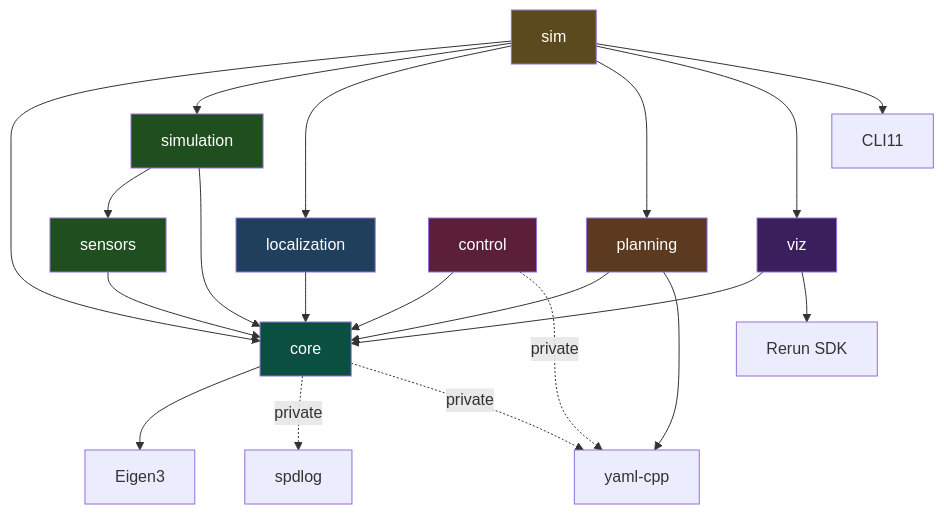
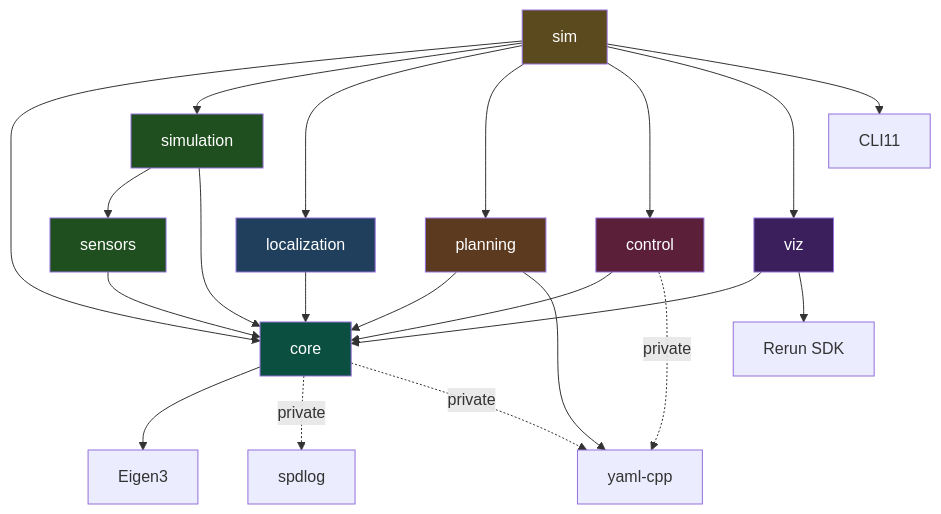
One commit to xinlei-robotics/MiniNav changed the diagram in README.md. Above: the diagram before and after it, drawn with Mermaid. The commit also changed other lines of this file and 33 other files, not shown here.

````diff
--- a/README.md
+++ b/README.md
@@ -240,32 +240,33 @@
 ```mermaid
 graph TD
     sim[sim] --> core[core]
     sim --> simulation[simulation]
     sim --> localization[localization]
     sim --> planning[planning]
+    sim --> control
     sim --> viz[viz]
     sim --> cli11[CLI11]
 
     simulation --> sensors[sensors]
     simulation --> core
     sensors --> core
     localization --> core
     planning --> core
     planning --> yamlcpp[yaml-cpp]
     control[control] --> core
     control -.->|private| yamlcpp
     viz --> core
     viz --> rerun[Rerun SDK]
     core --> eigen[Eigen3]
     core -.->|private| spdlog[spdlog]
     core -.->|private| yamlcpp
 
     style core fill:#0a4f3f,color:#fff
     style simulation fill:#1f4f1f,color:#fff
     style sensors fill:#1f4f1f,color:#fff
     style localization fill:#1f3f5c,color:#fff
     style planning fill:#5c3a1f,color:#fff
     style control fill:#5c1f3a,color:#fff
     style viz fill:#3a1f5c,color:#fff
     style sim fill:#5c4a1f,color:#fff
 ```
````
